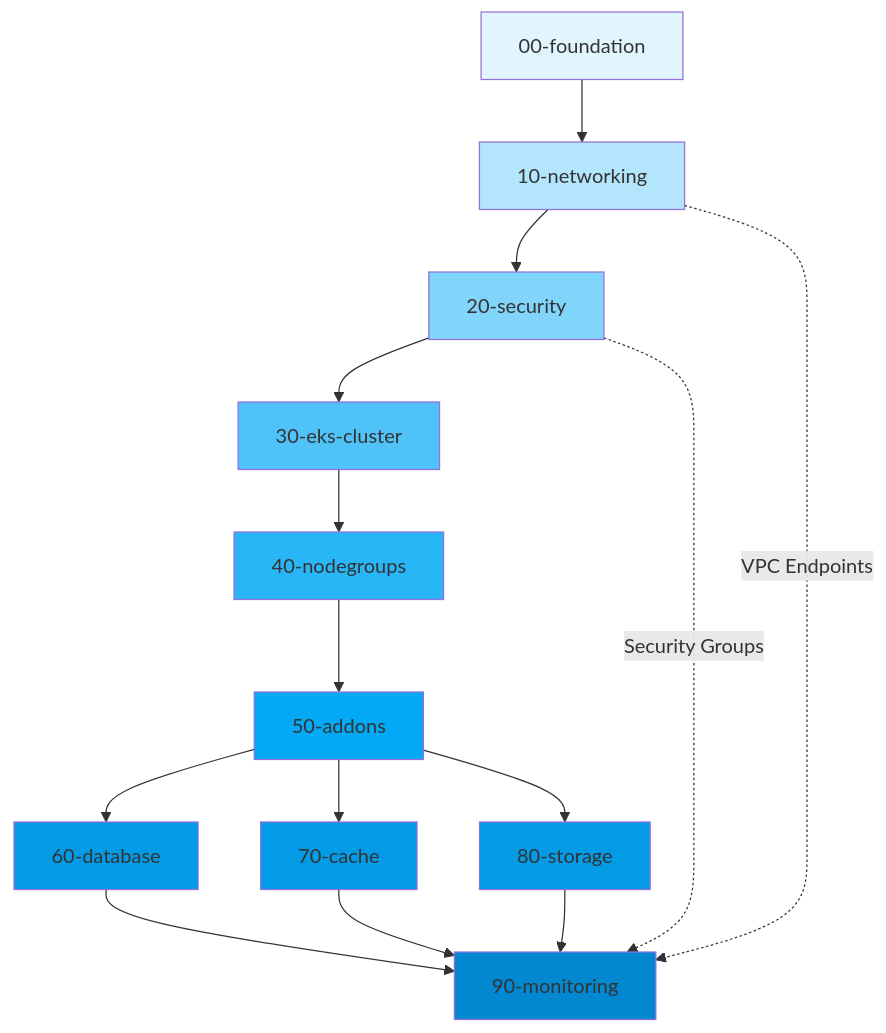
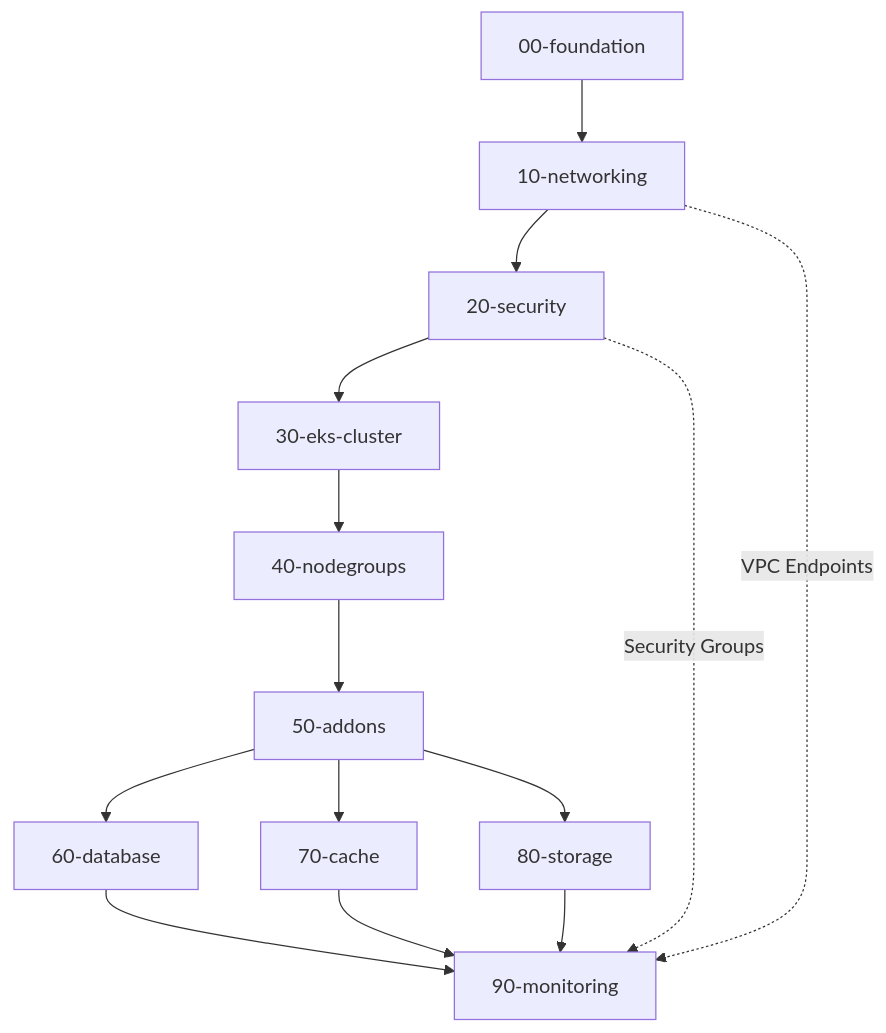
Before and after one commit to JSJ2337/AWS_EKS_terraform_code: the third of 9 diagrams in docs/architecture.md, drawn with Mermaid. The commit also changed other lines of this file, not shown here.

Commit message:
fix: Mermaid 다이어그램 컬러 스타일 제거

````diff
--- a/docs/architecture.md
+++ b/docs/architecture.md
@@ -90,30 +90,19 @@
 ```mermaid
 flowchart TD
     F[00-foundation] --> N[10-networking]
     N --> S[20-security]
     S --> EKS[30-eks-cluster]
     EKS --> NG[40-nodegroups]
     NG --> AD[50-addons]
 
     AD --> DB[60-database]
     AD --> CA[70-cache]
     AD --> ST[80-storage]
 
     DB --> MO[90-monitoring]
     CA --> MO
     ST --> MO
 
     N -.->|VPC Endpoints| MO
     S -.->|Security Groups| MO
-
-    style F fill:#e1f5fe
-    style N fill:#b3e5fc
-    style S fill:#81d4fa
-    style EKS fill:#4fc3f7
-    style NG fill:#29b6f6
-    style AD fill:#03a9f4
-    style DB fill:#039be5
-    style CA fill:#039be5
-    style ST fill:#039be5
-    style MO fill:#0288d1
 ```
````
